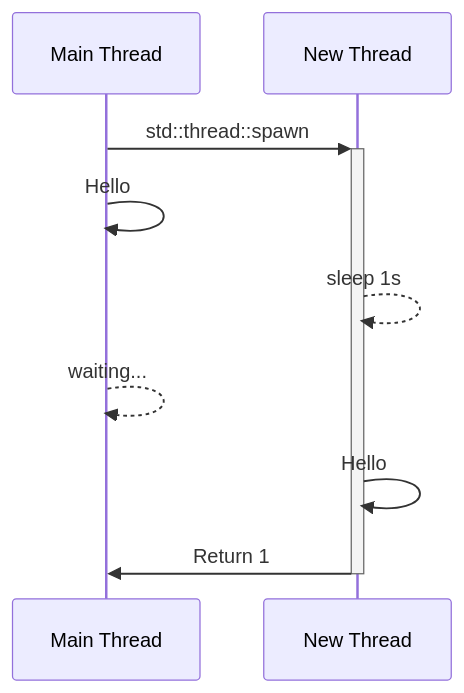
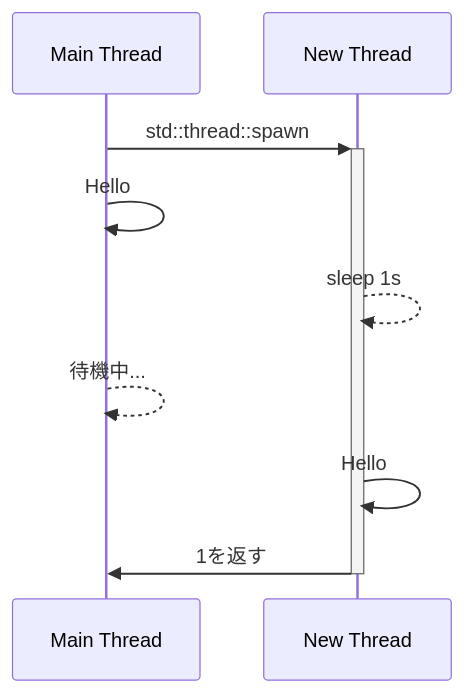
The diagram in books/b4bce1b9ea5e6853cb07/thread.md (termoshtt/zenn-content), drawn with Mermaid before and after one commit. The commit also changed other lines of this file, not shown here.

````diff
--- a/books/b4bce1b9ea5e6853cb07/thread.md
+++ b/books/b4bce1b9ea5e6853cb07/thread.md
@@ -50,11 +51,11 @@
 ```mermaid
 sequenceDiagram
     participant main as Main Thread
     participant new as New Thread
     main->>+new: std::thread::spawn
     main->>main: Hello
     new-->>new: sleep 1s
-    main-->>main: waiting...
+    main-->>main: 待機中...
     new->>new: Hello
-    new->>-main: Return 1
+    new->>-main: 1を返す
 ```
````
